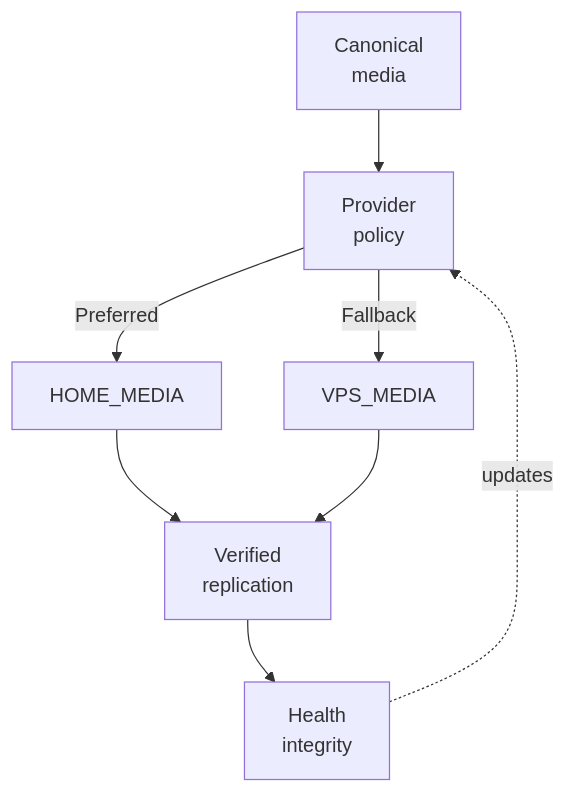
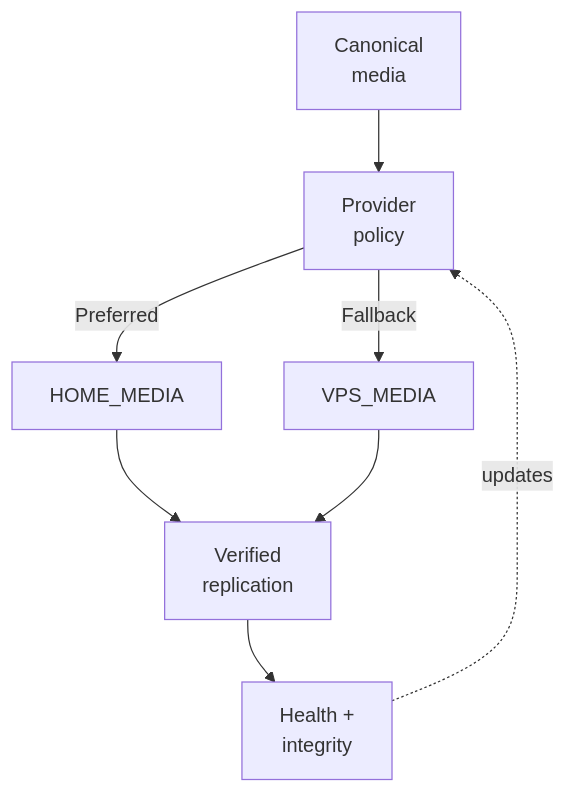
One commit to wilderruiz/millenova-project changed the second of 3 diagrams in MILLENOVA_PUBLIC_FACADE_IMPLEMENTATION_PLAN.md. Above: the diagram before and after it, drawn with Mermaid. The commit also changed other lines of this file, not shown here.

````diff
--- a/MILLENOVA_PUBLIC_FACADE_IMPLEMENTATION_PLAN.md
+++ b/MILLENOVA_PUBLIC_FACADE_IMPLEMENTATION_PLAN.md
@@ -359,10 +245,10 @@
 ```mermaid
 flowchart TD
     ID["Canonical<br/>media"] --> POLICY["Provider<br/>policy"]
     POLICY -->|Preferred| HOME["HOME_MEDIA"]
     POLICY -->|Fallback| VPS["VPS_MEDIA"]
     HOME --> REP["Verified<br/>replication"]
     VPS --> REP
-    REP --> HEALTH["Health<br/>integrity"]
-    HEALTH -.updates.-> POLICY
+    REP --> STATE["Health +<br/>integrity"]
+    STATE -. updates .-> POLICY
 ```
````
